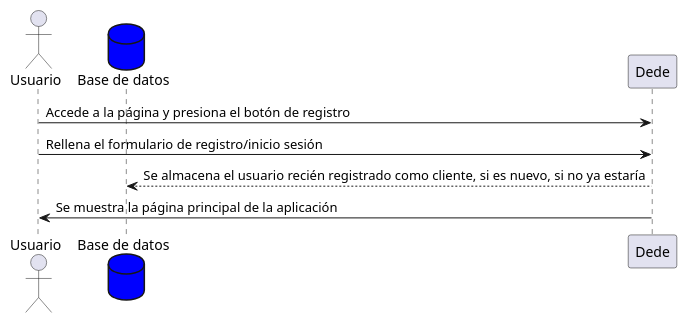
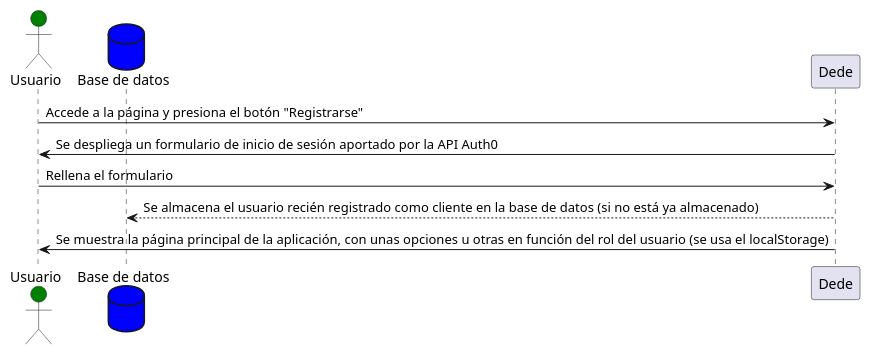
Before and after one commit to Arquisoft/dede_es2a: the fifth of 6 diagrams in docs/06_runtime_view.adoc, drawn with PlantUML. The commit also changed other lines of this file, not shown here.

Commit message:
Mejoras en los diagramas de secuencia

```diff
--- a/docs/06_runtime_view.adoc
+++ b/docs/06_runtime_view.adoc
@@ -102,9 +91,10 @@
 [plantuml,"InicioSesion",png]
 ----
-actor Usuario
+actor Usuario #green
 database BaseDeDatos as "Base de datos" #blue
-Usuario -> Dede: Accede a la página y presiona el botón de registro
-Usuario -> Dede: Rellena el formulario de registro/inicio sesión
-BaseDeDatos <-- Dede: Se almacena el usuario recién registrado como cliente, si es nuevo, si no ya estaría
-Usuario <- Dede: Se muestra la página principal de la aplicación
+Usuario -> Dede: Accede a la página y presiona el botón "Registrarse"
+Usuario <- Dede: Se despliega un formulario de inicio de sesión aportado por la API Auth0
+Usuario -> Dede: Rellena el formulario
+BaseDeDatos <-- Dede: Se almacena el usuario recién registrado como cliente en la base de datos (si no está ya almacenado)
+Usuario <- Dede: Se muestra la página principal de la aplicación, con unas opciones u otras en función del rol del usuario (se usa el localStorage)
 ----
```
